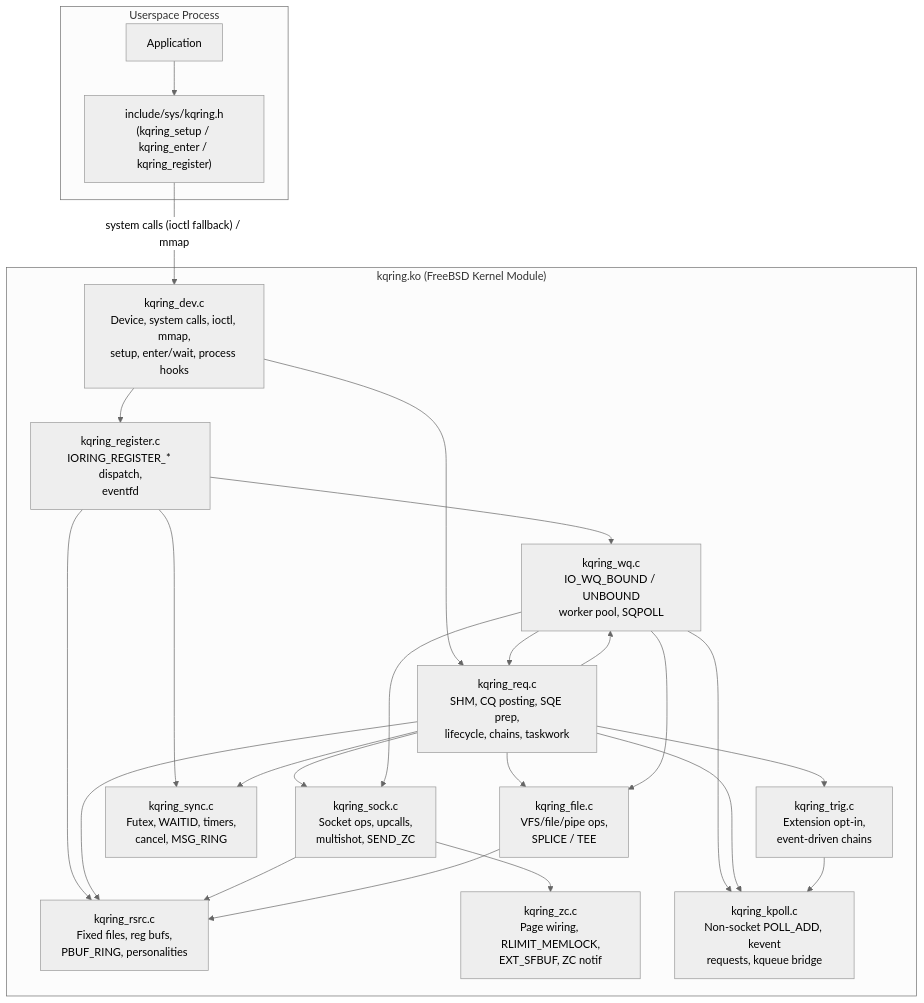
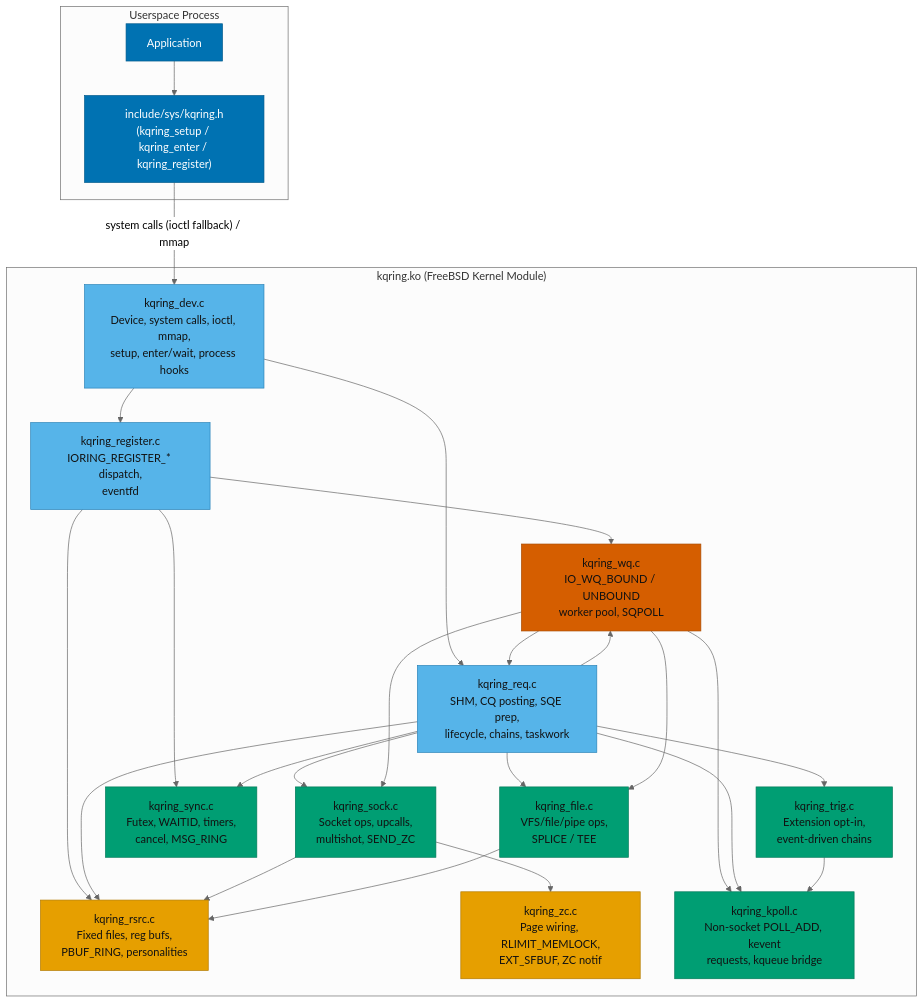
The first of 15 diagrams in ARCHITECTURE.MD (grepjava/kqring), drawn with Mermaid (neutral theme) before and after one commit. The commit also changed other lines of this file and 1 other file, not shown here.

First line of the commit message:
Docs: color the diagrams by role

````diff
--- a/ARCHITECTURE.MD
+++ b/ARCHITECTURE.MD
@@ -31,44 +33,55 @@
 ```mermaid
 flowchart TB
     subgraph Userspace["Userspace Process"]
         App["Application"]
         UAPI["include/sys/kqring.h<br/>(kqring_setup / kqring_enter / kqring_register)"]
         App --> UAPI
     end
 
     subgraph KMOD["kqring.ko (FreeBSD Kernel Module)"]
         DEV["kqring_dev.c<br/>Device, system calls, ioctl, mmap,<br/>setup, enter/wait, process hooks"]
         REG["kqring_register.c<br/>IORING_REGISTER_* dispatch,<br/>eventfd"]
         REQ["kqring_req.c<br/>SHM, CQ posting, SQE prep,<br/>lifecycle, chains, taskwork"]
         RSRC["kqring_rsrc.c<br/>Fixed files, reg bufs,<br/>PBUF_RING, personalities"]
         SOCK["kqring_sock.c<br/>Socket ops, upcalls,<br/>multishot, SEND_ZC"]
         FILE["kqring_file.c<br/>VFS/file/pipe ops,<br/>SPLICE / TEE"]
         SYNC["kqring_sync.c<br/>Futex, WAITID, timers,<br/>cancel, MSG_RING"]
         WQ["kqring_wq.c<br/>IO_WQ_BOUND / UNBOUND<br/>worker pool, SQPOLL"]
         ZC["kqring_zc.c<br/>Page wiring, RLIMIT_MEMLOCK,<br/>EXT_SFBUF, ZC notif"]
         KPOLL["kqring_kpoll.c<br/>Non-socket POLL_ADD, kevent<br/>requests, kqueue bridge"]
         TRIG["kqring_trig.c<br/>Extension opt-in,<br/>event-driven chains"]
     end
 
     UAPI -- "system calls (ioctl fallback) / mmap" --> DEV
     DEV --> REG
     DEV --> REQ
     REG --> RSRC
     REG --> WQ
     REG --> SYNC
     REQ --> RSRC
     REQ --> SOCK
     REQ --> FILE
     REQ --> SYNC
     REQ --> WQ
     SOCK --> ZC
     SOCK --> RSRC
     FILE --> RSRC
     WQ --> REQ
     WQ --> SOCK
     WQ --> FILE
     WQ --> KPOLL
     REQ --> KPOLL
     REQ --> TRIG
     TRIG --> KPOLL
+
+    classDef app fill:#0072b2,stroke:#005a8c,color:#ffffff
+    classDef core fill:#56b4e9,stroke:#2b83b8,color:#111111
+    classDef ops fill:#009e73,stroke:#007a59,color:#111111
+    classDef worker fill:#d55e00,stroke:#a84a00,color:#111111
+    classDef mem fill:#e69f00,stroke:#b37b00,color:#111111
+    class App,UAPI app
+    class DEV,REG,REQ core
+    class SOCK,FILE,SYNC,KPOLL,TRIG ops
+    class WQ worker
+    class RSRC,ZC mem
 ```
````
